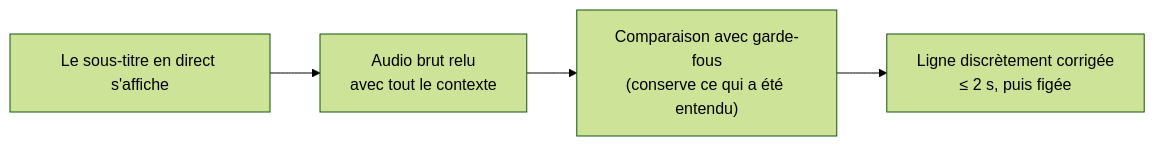
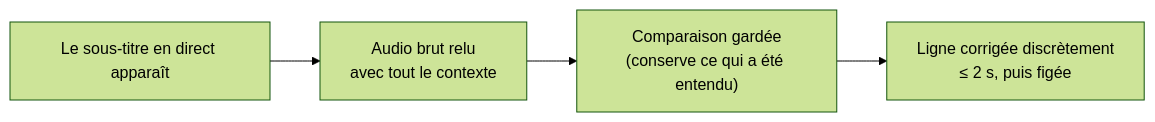
Before and after one commit to rpalm01-star/VigilantEarLegal: the third of 4 diagrams in README_fr.md, drawn with Mermaid (forest theme). The commit also changed other lines of this file and 14 other files, not shown here.

````diff
--- a/README_fr.md
+++ b/README_fr.md
@@ -168,4 +187,4 @@
 ```mermaid
 graph LR
-    L["Le sous-titre en direct s'affiche"] --> K["Audio brut relu<br/>avec tout le contexte"] --> V["Comparaison avec garde-fous<br/>(conserve ce qui a été entendu)"] --> W["Ligne discrètement corrigée<br/>≤ 2 s, puis figée"]
+    L["Le sous-titre en direct apparaît"] --> K["Audio brut relu<br/>avec tout le contexte"] --> V["Comparaison gardée<br/>(conserve ce qui a été entendu)"] --> W["Ligne corrigée discrètement<br/>≤ 2 s, puis figée"]
 ```
````
